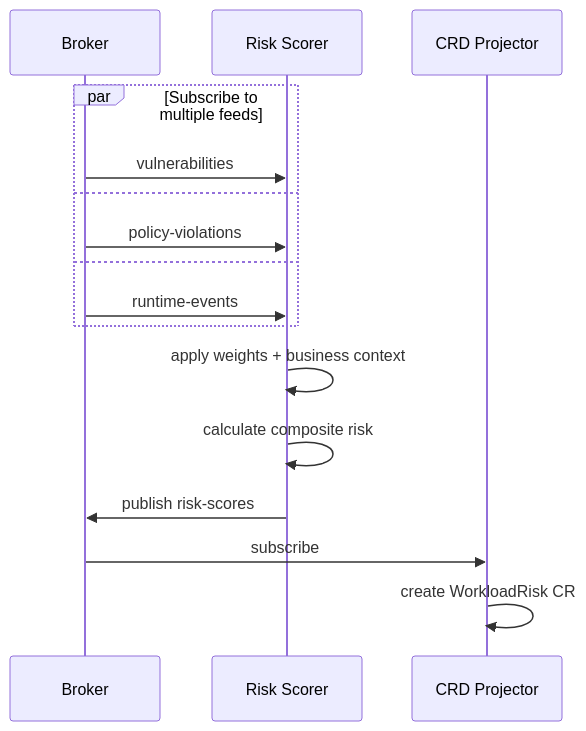
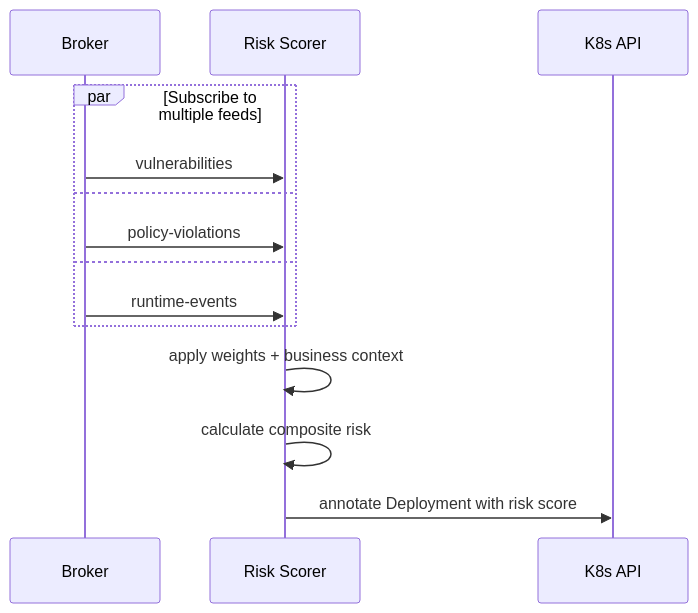
The third of 3 diagrams in docs/architecture/README.md (kylape/acs-next), drawn with Mermaid before and after one commit. The commit also changed 1 other file, not shown here.

Commit message:
Risk scores annotate Deployments instead of separate CRs
Simpler approach - no WorkloadRisk CRD needed, just annotate
the existing Deployment resources with their risk score.

````diff
--- a/docs/architecture/README.md
+++ b/docs/architecture/README.md
@@ -181,20 +181,18 @@
 ```mermaid
 sequenceDiagram
     participant Broker
     participant Risk Scorer
-    participant CRD Projector
+    participant K8s API
 
     par Subscribe to multiple feeds
         Broker->>Risk Scorer: vulnerabilities
     and
         Broker->>Risk Scorer: policy-violations
     and
         Broker->>Risk Scorer: runtime-events
     end
 
     Risk Scorer->>Risk Scorer: apply weights + business context
     Risk Scorer->>Risk Scorer: calculate composite risk
-    Risk Scorer->>Broker: publish risk-scores
-    Broker->>CRD Projector: subscribe
-    CRD Projector->>CRD Projector: create WorkloadRisk CR
+    Risk Scorer->>K8s API: annotate Deployment with risk score
 ```
````
